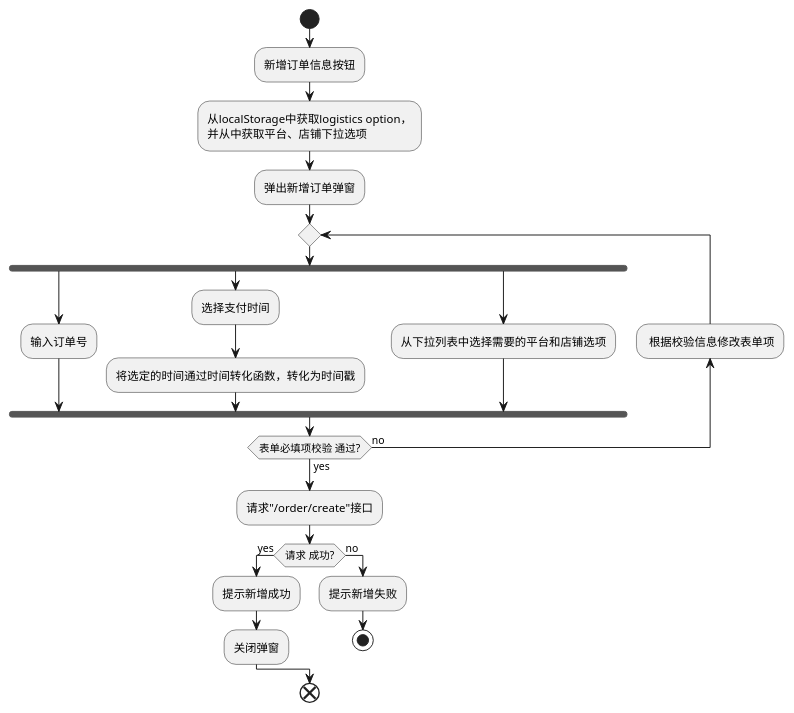
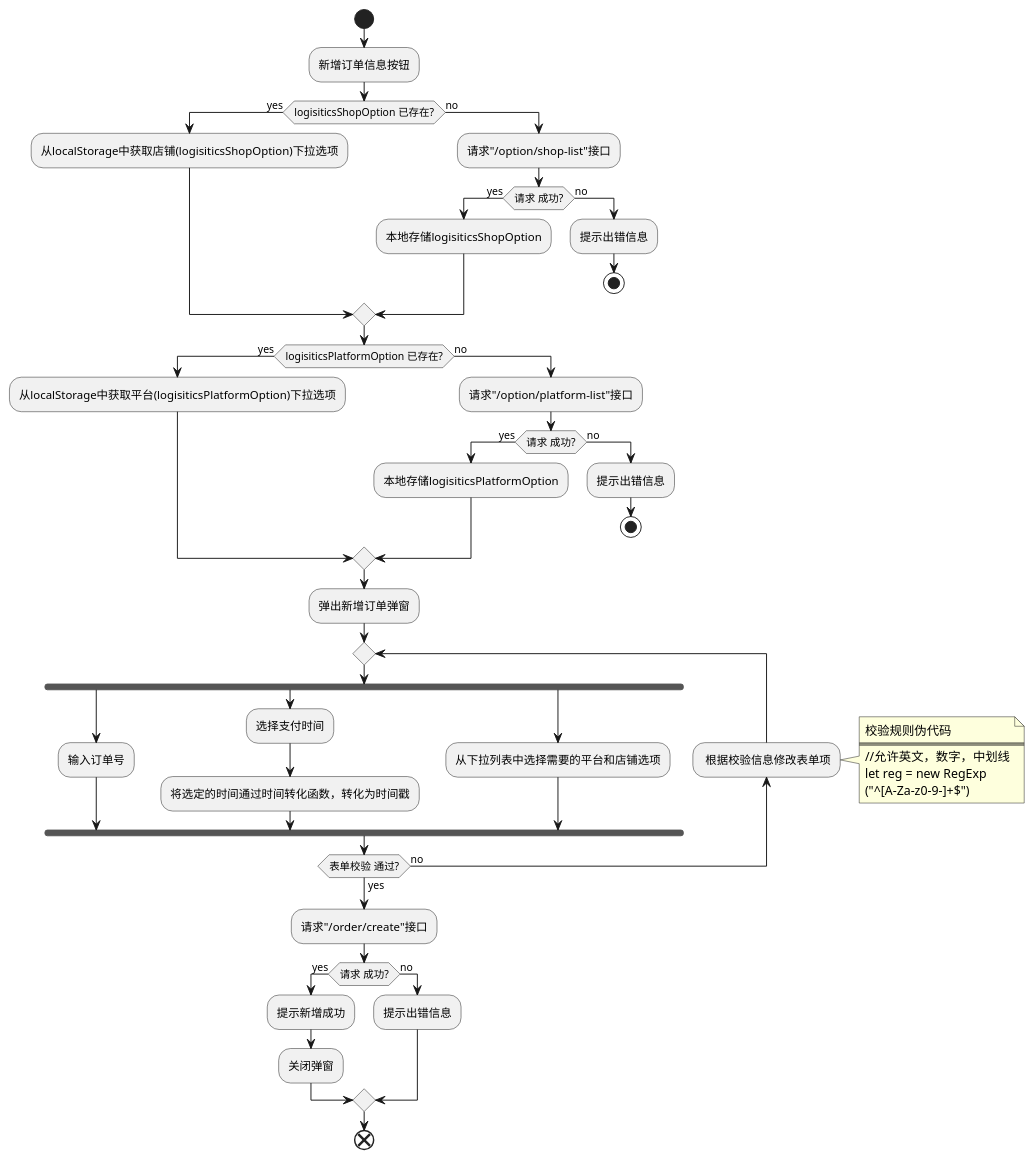
One commit to futurekidult/lis changed the diagram in docs/development-flow-diagram.puml/logistics-list/create-order.puml. Above: the diagram before and after it, drawn with PlantUML. The commit also changed 11 other files, not shown here.

```diff
--- a/docs/development-flow-diagram.puml/logistics-list/create-order.puml
+++ b/docs/development-flow-diagram.puml/logistics-list/create-order.puml
@@ -1,29 +1,55 @@
 @startuml
 
 start
 :新增订单信息按钮;
-:从localStorage中获取logistics option，
-并从中获取平台、店铺下拉选项;
+if(logisiticsShopOption 已存在?) then (yes)
+  :从localStorage中获取店铺(logisiticsShopOption)下拉选项;
+else (no)
+  :请求"/option/shop-list"接口;
+  if(请求 成功?) then (yes)
+    :本地存储logisiticsShopOption;
+  else (no)
+    :提示出错信息;
+    stop
+  endif
+endif
+if(logisiticsPlatformOption 已存在?) then (yes)
+  :从localStorage中获取平台(logisiticsPlatformOption)下拉选项;
+else (no)
+  :请求"/option/platform-list"接口;
+  if(请求 成功?) then (yes)
+    :本地存储logisiticsPlatformOption;
+  else (no)
+    :提示出错信息;
+    stop
+  endif
+endif
 :弹出新增订单弹窗;
 repeat 
 fork
   :输入订单号;
 fork again
   :选择支付时间;
   :将选定的时间通过时间转化函数，转化为时间戳;
 fork again
   :从下拉列表中选择需要的平台和店铺选项;
 end fork 
 backward: 根据校验信息修改表单项;
-repeat while (表单必填项校验 通过?) is (no) not (yes)
+repeat while (表单校验 通过?) is (no) not (yes)
+note right
+  校验规则伪代码
+  ====
+  //允许英文，数字，中划线
+  let reg = new RegExp
+  ("^[A-Za-z0-9-]+$")
+end note
 :请求"/order/create"接口;
 if(请求 成功?) then (yes)
   :提示新增成功;
   :关闭弹窗;
 else (no)
-  :提示新增失败;
-  stop
+  :提示出错信息;
 endif
 end
 
 @enduml
```
